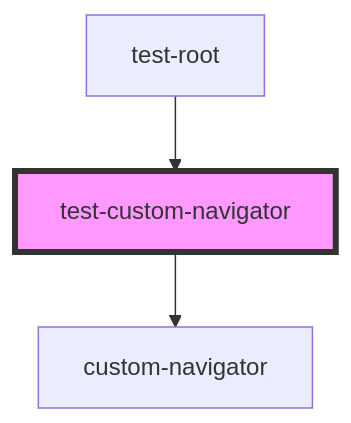
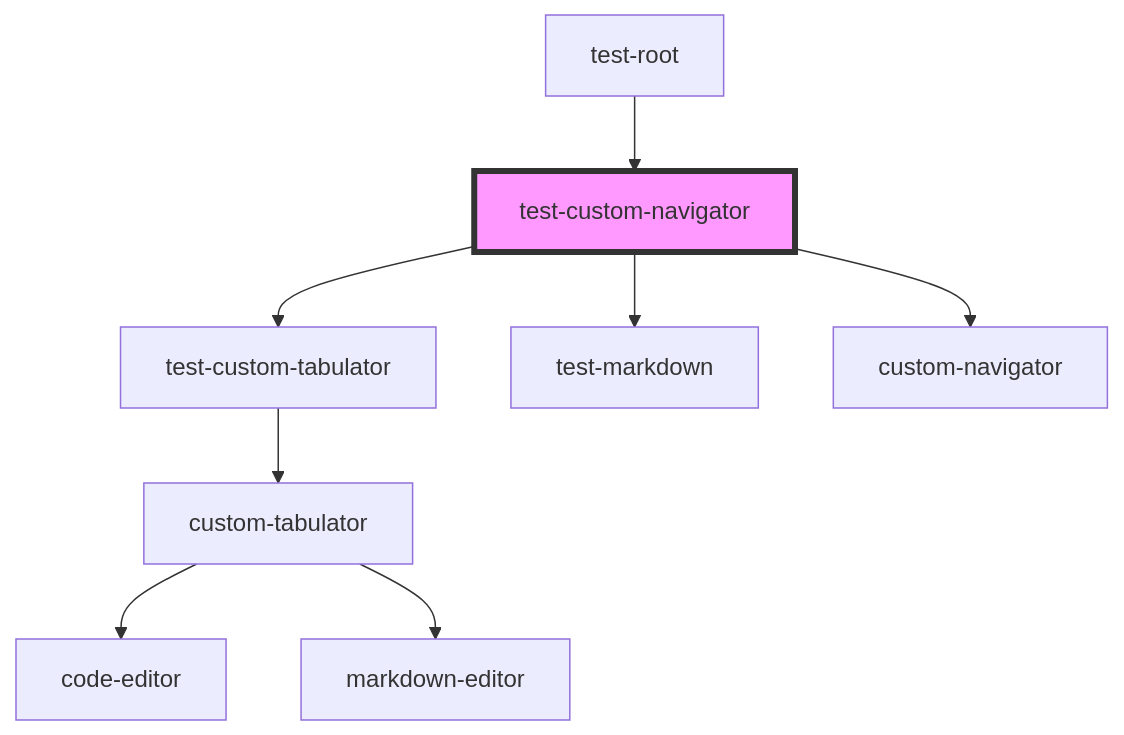
One commit to all41-dev/front.lib changed the diagram in src/components/test-custom-navigator/readme.md. Above: the diagram before and after it, drawn with Mermaid. The commit also changed other lines of this file and 8 other files, not shown here.

````diff
--- a/src/components/test-custom-navigator/readme.md
+++ b/src/components/test-custom-navigator/readme.md
@@ -19,6 +21,11 @@
 ```mermaid
 graph TD;
+  test-custom-navigator --> test-custom-tabulator
+  test-custom-navigator --> test-markdown
   test-custom-navigator --> custom-navigator
+  test-custom-tabulator --> custom-tabulator
+  custom-tabulator --> code-editor
+  custom-tabulator --> markdown-editor
   test-root --> test-custom-navigator
   style test-custom-navigator fill:#f9f,stroke:#333,stroke-width:4px
 ```
````
